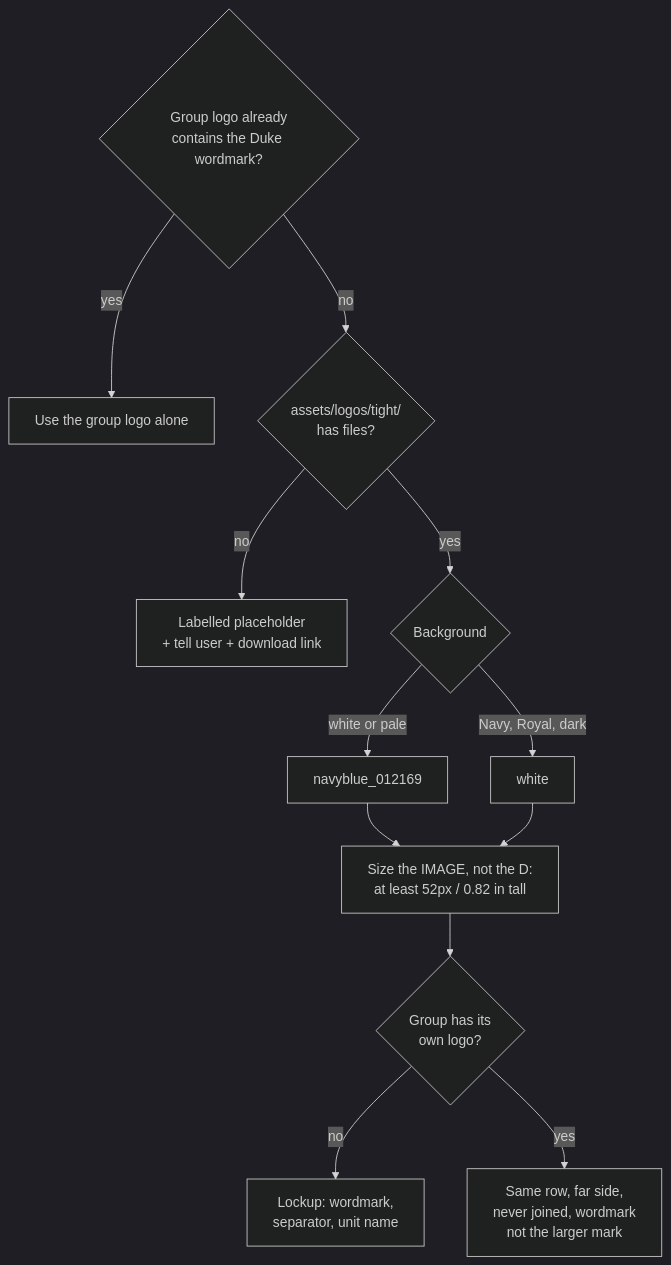
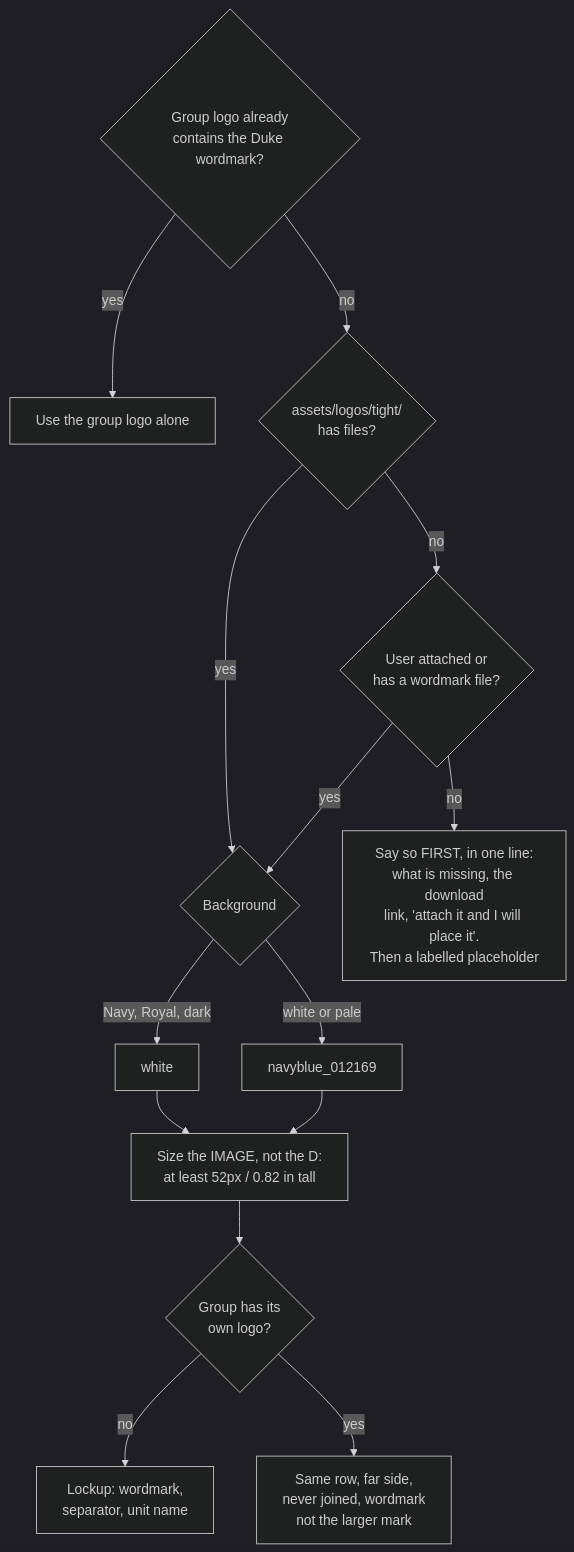
One commit to wjshamblin/duke-branding changed the fourth of 4 diagrams in SKILL.md. Above: the diagram before and after it, drawn with Mermaid (dark theme). The commit also changed other lines of this file, not shown here.

Commit message:
fix: say up front when the wordmark file is missing, and use a user-supplied one

````diff
--- a/SKILL.md
+++ b/SKILL.md
@@ -193,14 +193,16 @@
 ```mermaid
 flowchart TD
     A{"Group logo already<br/>contains the Duke wordmark?"} -->|yes| B[Use the group logo alone]
     A -->|no| C{"assets/logos/tight/<br/>has files?"}
-    C -->|no| D[Labelled placeholder<br/>+ tell user + download link]
+    C -->|no| U{"User attached or<br/>has a wordmark file?"}
+    U -->|yes| E
+    U -->|no| D["Say so FIRST, in one line:<br/>what is missing, the download<br/>link, 'attach it and I will place it'.<br/>Then a labelled placeholder"]
     C -->|yes| E{Background}
     E -->|white or pale| F[navyblue_012169]
     E -->|Navy, Royal, dark| G[white]
     F --> H["Size the IMAGE, not the D:<br/>at least 52px / 0.82 in tall"]
     G --> H
     H --> I{Group has its<br/>own logo?}
     I -->|no| J[Lockup: wordmark,<br/>separator, unit name]
     I -->|yes| K[Same row, far side,<br/>never joined, wordmark<br/>not the larger mark]
 ```
````
